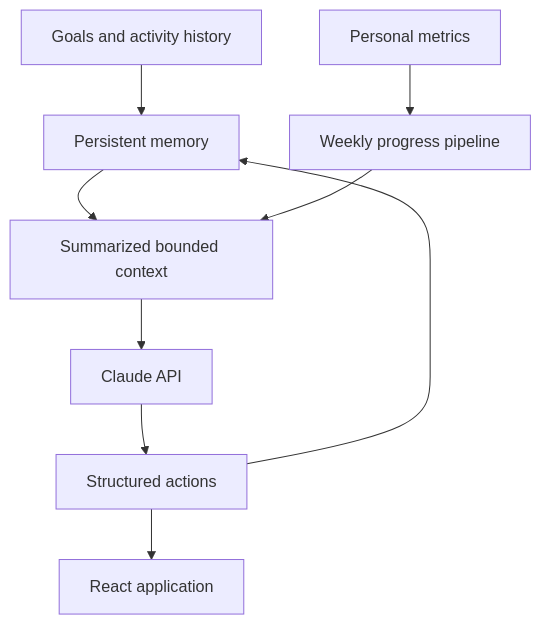
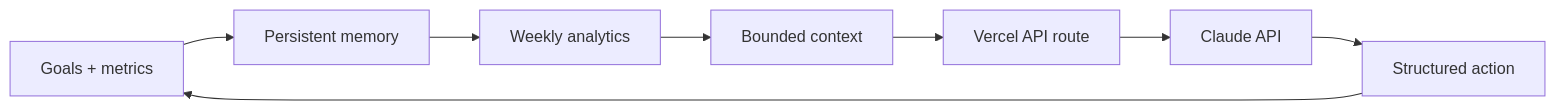
The diagram in README.md (danielmasp/ai-personal-coaching-agent), drawn with Mermaid before and after one commit. The commit also changed other lines of this file and 7 other files, not shown here.

````diff
--- a/README.md
+++ b/README.md
@@ -23,11 +19,10 @@
 ```mermaid
-flowchart TD
-    A[Goals and activity history] --> B[Persistent memory]
-    C[Personal metrics] --> D[Weekly progress pipeline]
-    B --> E[Summarized bounded context]
-    D --> E
+flowchart LR
+    A[Goals + metrics] --> B[Persistent memory]
+    B --> C[Weekly analytics]
+    C --> D[Bounded context]
+    D --> E[Vercel API route]
     E --> F[Claude API]
-    F --> G[Structured actions]
-    G --> H[React application]
-    G --> B
+    F --> G[Structured action]
+    G --> A
 ```
````
